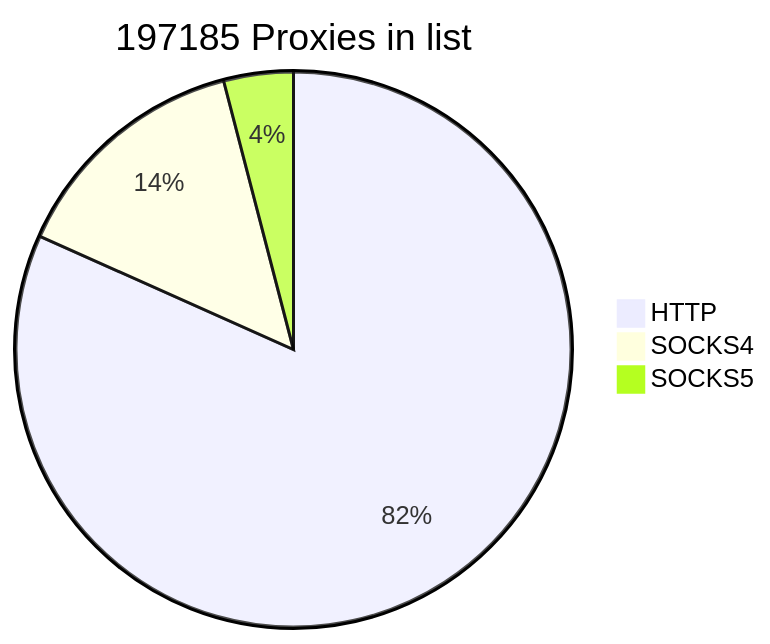
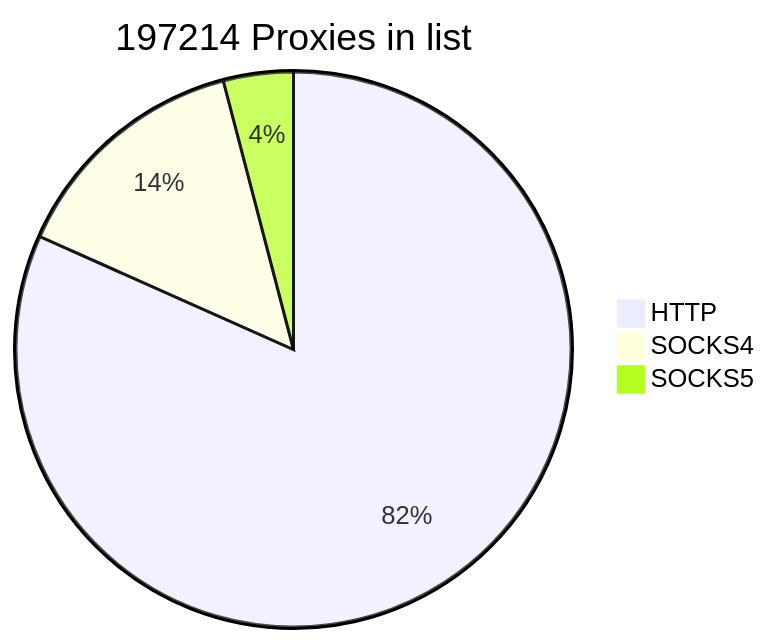
One commit to cutipu/proxylist changed the first of 2 diagrams in README.md. Above: the diagram before and after it, drawn with Mermaid. The commit also changed other lines of this file, not shown here.

````diff
--- a/README.md
+++ b/README.md
@@ -2,7 +2,7 @@
 ```mermaid
-pie title 197185 Proxies in list
-    "HTTP" : 161063
+pie title 197214 Proxies in list
+    "HTTP" : 161061
     "SOCKS4" : 28135
-    "SOCKS5" : 7987
+    "SOCKS5" : 8018
             
 ```
````
